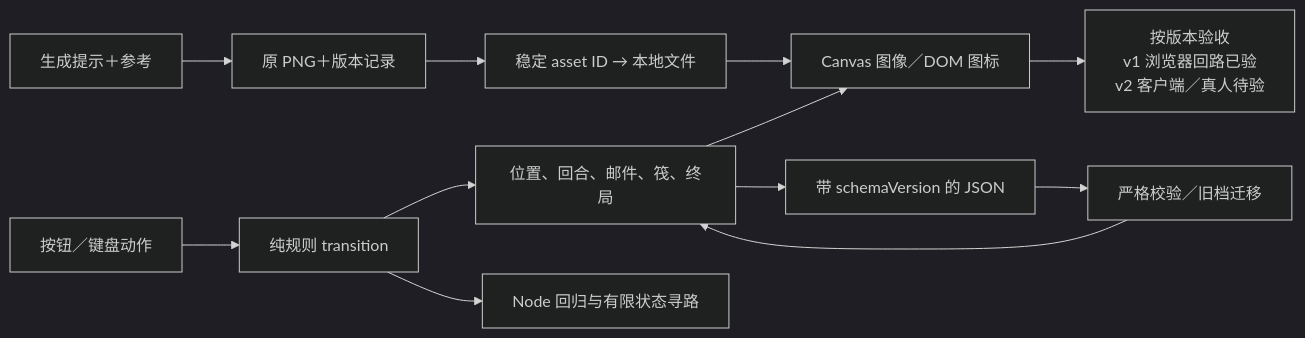
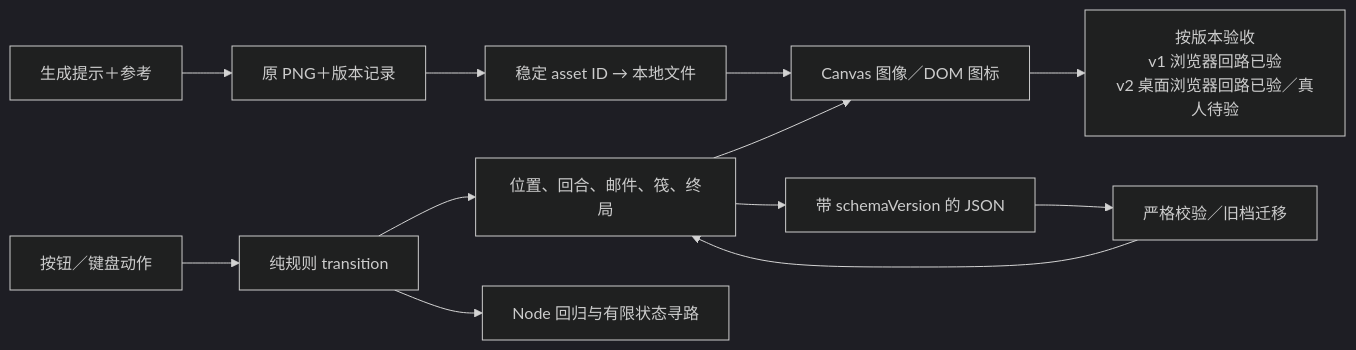
The second of 2 diagrams in domains/game-dev/06-indie-roadmap.md (dbvv1/a1dbv), drawn with Mermaid (dark theme) before and after one commit. The commit also changed other lines of this file, not shown here.

````diff
--- a/domains/game-dev/06-indie-roadmap.md
+++ b/domains/game-dev/06-indie-roadmap.md
@@ -299,14 +320,14 @@
 ```mermaid
 flowchart LR
   P["生成提示＋参考"] --> R["原 PNG＋版本记录"]
   R --> M["稳定 asset ID → 本地文件"]
   M --> V["Canvas 图像／DOM 图标"]
   I["按钮／键盘动作"] --> C["纯规则 transition"]
   C --> S["位置、回合、邮件、筏、终局"]
   S --> V
   S --> J["带 schemaVersion 的 JSON"]
   J --> L["严格校验／旧档迁移"]
   L --> S
   C --> T["Node 回归与有限状态寻路"]
-  V --> H["按版本验收<br/>v1 浏览器回路已验<br/>v2 客户端／真人待验"]
+  V --> H["按版本验收<br/>v1 浏览器回路已验<br/>v2 桌面浏览器回路已验／真人待验"]
 ```
````
